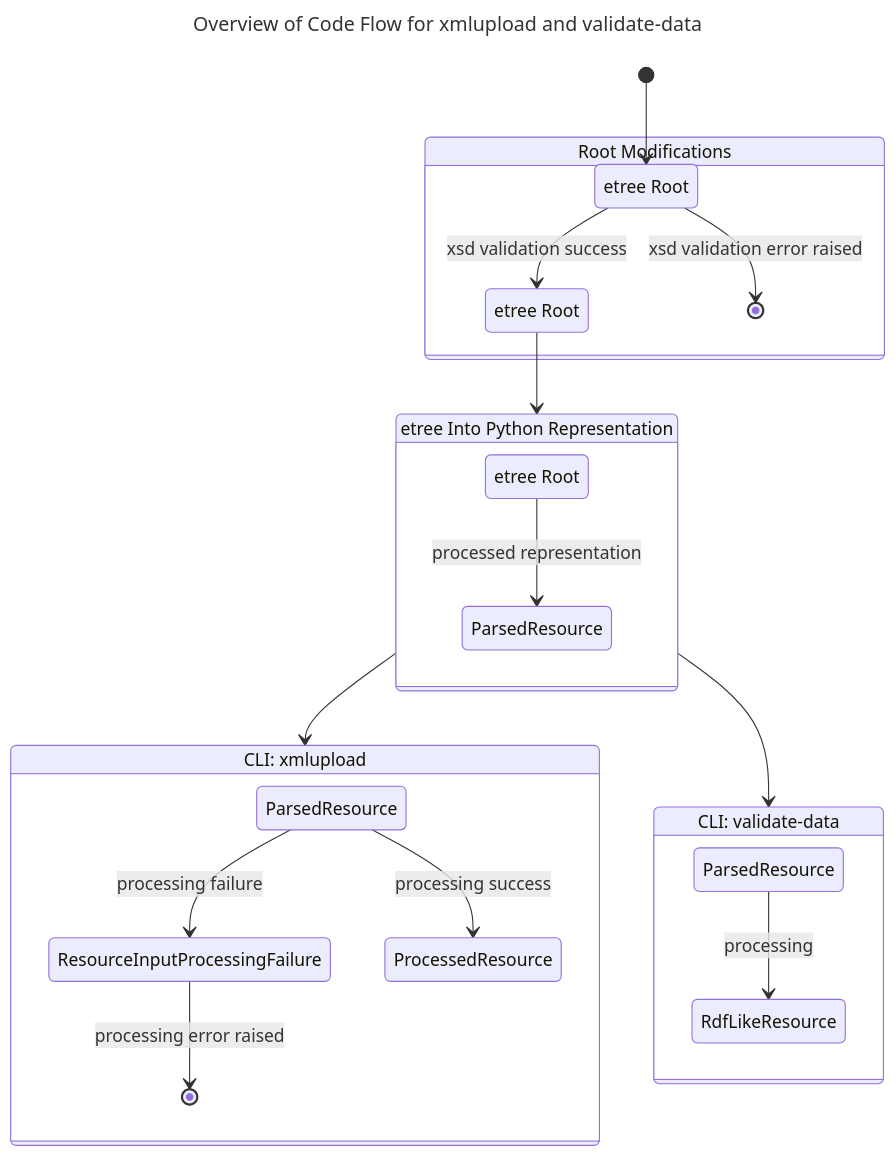
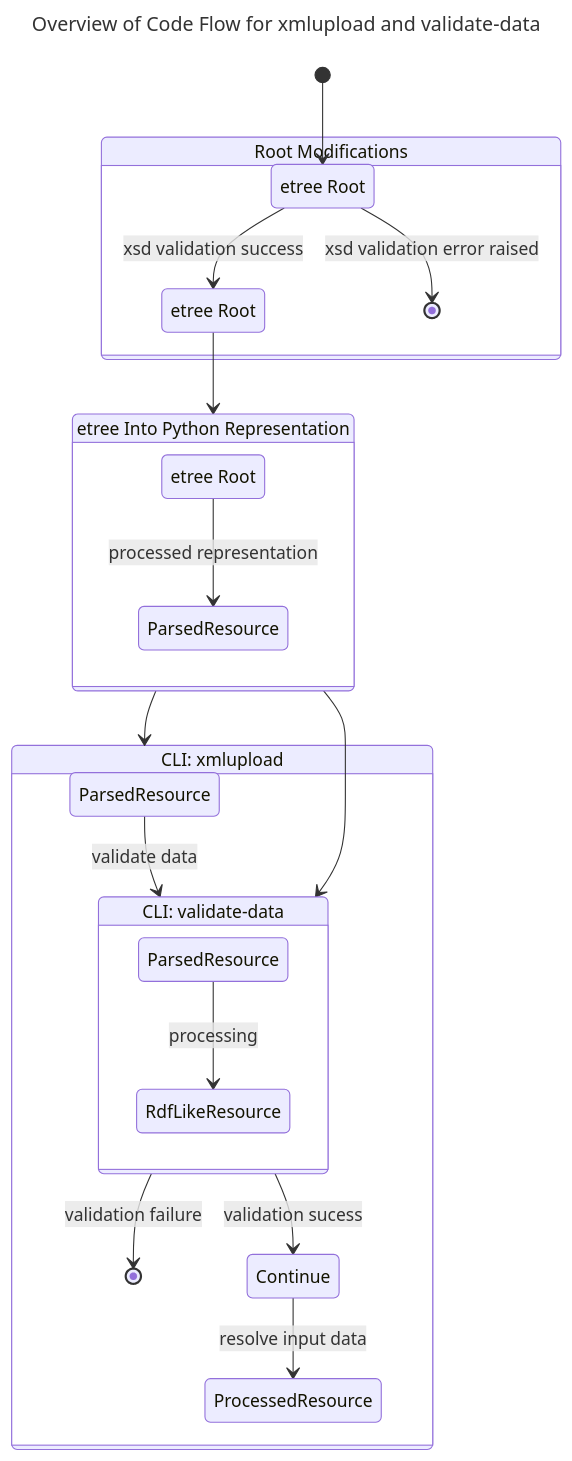
Before and after one commit to dasch-swiss/dsp-tools: the first of 3 diagrams in docs/developers/architecture.md, drawn with Mermaid. The commit also changed 1 other file, not shown here.

````diff
--- a/docs/developers/architecture.md
+++ b/docs/developers/architecture.md
@@ -7,38 +7,39 @@
 ```mermaid
 ---
 title: Overview of Code Flow for xmlupload and validate-data
 ---
 stateDiagram-v2
 
 state "etree Root" as eroot1
 state "etree Root" as eroot2
 state "etree Root" as eroot3
 state "Root Modifications" as rootwork
 state "etree Into Python Representation" as pywork
 state "CLI: xmlupload" as processed
 state "ParsedResource" as parsedres1
 state "ParsedResource" as parsedres2
 state "ParsedResource" as parsedres3
 state "ProcessedResource" as Processedres
 state "CLI: validate-data" as valdata
 
 [*]-->eroot1
 state rootwork {
     eroot1-->eroot2: xsd validation success
     eroot1-->[*]: xsd validation error raised
 }
 eroot2-->pywork
 state pywork {
     eroot3-->parsedres1: processed representation
 }
 pywork-->processed
 state processed {
-    ResourceInputProcessingFailure-->[*]: processing error raised
-    parsedres2-->Processedres: processing success
-    parsedres2-->ResourceInputProcessingFailure: processing failure
+    parsedres2-->valdata: validate data
+    valdata-->[*]: validation failure
+    valdata-->Continue: validation sucess
+    Continue-->Processedres: resolve input data
 }
 pywork-->valdata
 state valdata {
     parsedres3-->RdfLikeResource: processing
 }
 ```
````
